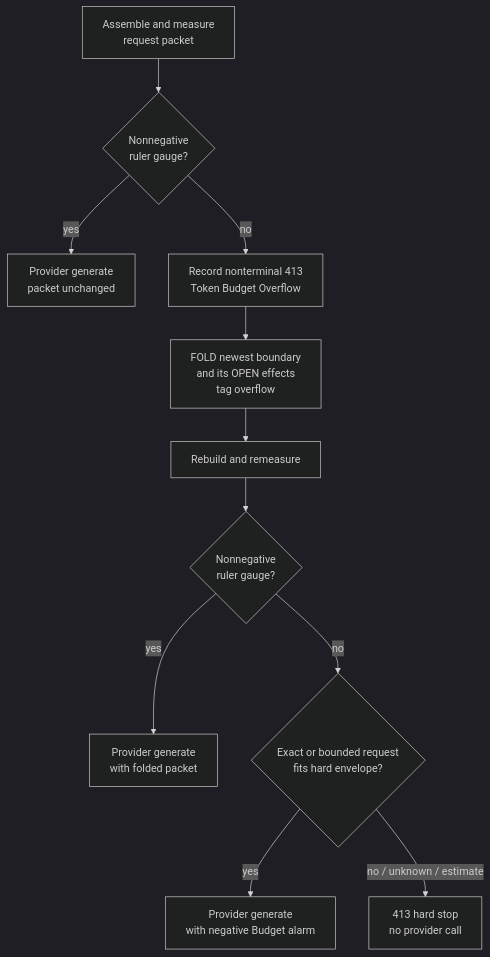
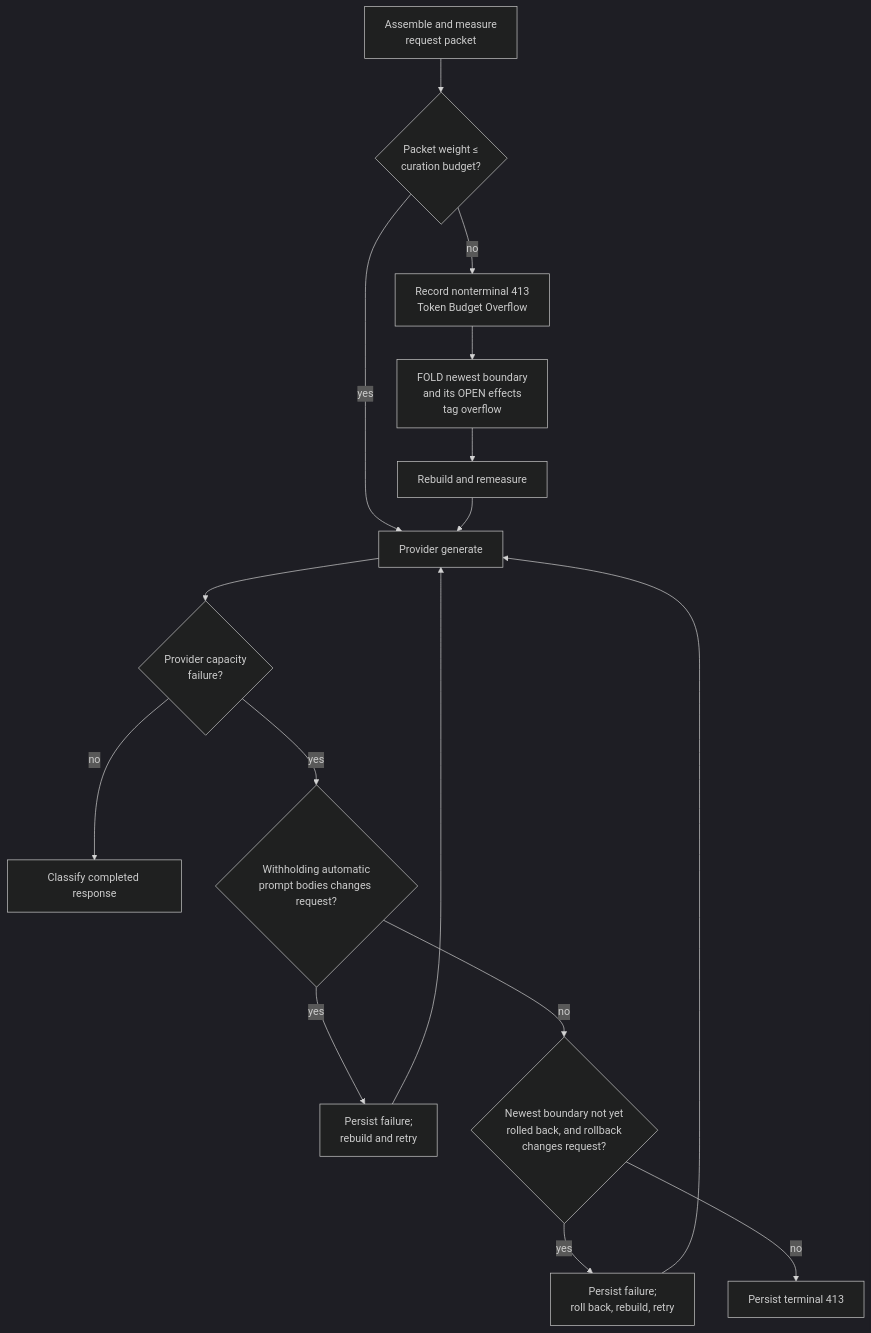
Diagram 16 of 18 in plurnk-core/SPEC.md (plurnk/plurnk-service), drawn with Mermaid (dark theme) before and after one commit. The commit also changed other lines of this file and 185 other files, not shown here.

Commit message:
refactor(tokenomics): separate curation weight and provider capacity (#242)

````diff
--- a/plurnk-core/SPEC.md
+++ b/plurnk-core/SPEC.md
@@ -2607,13 +2586,18 @@
 ```mermaid
 flowchart TD
-    assemble["Assemble and measure<br/>request packet"] --> policy{"Nonnegative<br/>ruler gauge?"}
-    policy -->|yes| unchanged["Provider generate<br/>packet unchanged"]
+    assemble["Assemble and measure<br/>request packet"] --> policy{"Packet weight ≤<br/>curation budget?"}
+    policy -->|yes| generate["Provider generate"]
     policy -->|no| problem["Record nonterminal 413<br/>Token Budget Overflow"]
     problem --> fold["FOLD newest boundary<br/>and its OPEN effects<br/>tag overflow"]
     fold --> rebuild["Rebuild and remeasure"]
-    rebuild --> folded{"Nonnegative<br/>ruler gauge?"}
-    folded -->|yes| recovered["Provider generate<br/>with folded packet"]
-    folded -->|no| admission{"Exact or bounded request<br/>fits hard envelope?"}
-    admission -->|yes| pressured["Provider generate<br/>with negative Budget alarm"]
-    admission -->|no / unknown / estimate| stop["413 hard stop<br/>no provider call"]
+    rebuild --> generate
+    generate --> capacity{"Provider capacity<br/>failure?"}
+    capacity -->|no| response["Classify completed response"]
+    capacity -->|yes| prompt{"Withholding automatic<br/>prompt bodies changes request?"}
+    prompt -->|yes| retryPrompt["Persist failure;<br/>rebuild and retry"]
+    retryPrompt --> generate
+    prompt -->|no| boundary{"Newest boundary not yet<br/>rolled back, and rollback<br/>changes request?"}
+    boundary -->|yes| retryBoundary["Persist failure;<br/>roll back, rebuild, retry"]
+    retryBoundary --> generate
+    boundary -->|no| stop["Persist terminal 413"]
 ```
````
